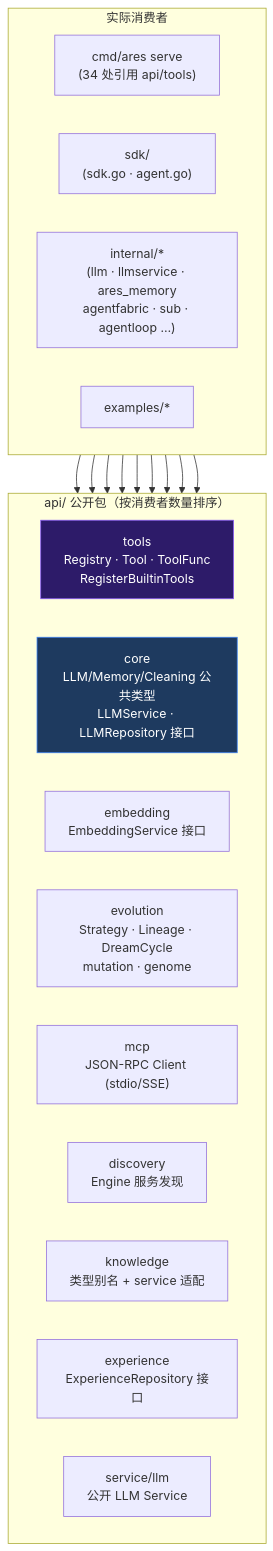
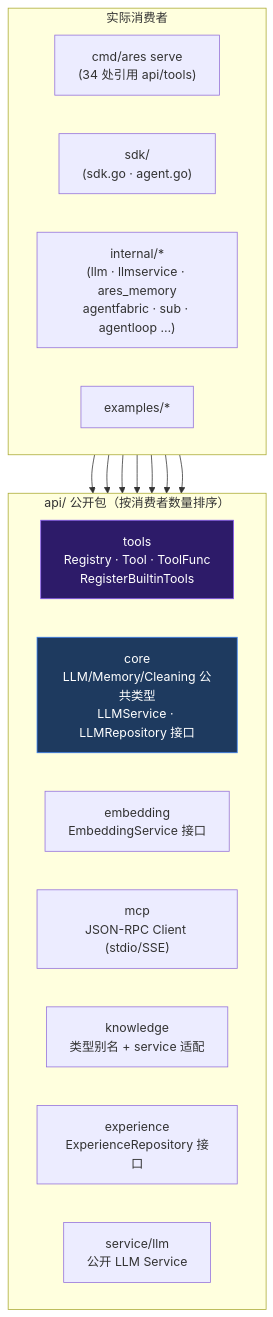
The first of 5 diagrams in api/ARCHITECTURE.md (Timwood0x10/ARES), drawn with Mermaid before and after one commit. The commit also changed other lines of this file and 54 other files, not shown here.

````diff
--- a/api/ARCHITECTURE.md
+++ b/api/ARCHITECTURE.md
@@ -11,36 +11,32 @@
 ```mermaid
 flowchart TB
     subgraph CONSUMERS["实际消费者"]
         direction LR
         CMD["cmd/ares serve<br/>(34 处引用 api/tools)"]
         SDKL["sdk/<br/>(sdk.go · agent.go)"]
         INT["internal/*<br/>(llm · llmservice · ares_memory<br/>agentfabric · sub · agentloop …)"]
         EX["examples/*"]
     end
 
     subgraph APIPUB["api/ 公开包（按消费者数量排序）"]
         direction LR
         TOOLS["tools<br/>Registry · Tool · ToolFunc<br/>RegisterBuiltinTools"]
         COREP["core<br/>LLM/Memory/Cleaning 公共类型<br/>LLMService · LLMRepository 接口"]
         EMB["embedding<br/>EmbeddingService 接口"]
-        EVOP["evolution<br/>Strategy · Lineage · DreamCycle<br/>mutation · genome"]
         MCPP["mcp<br/>JSON-RPC Client (stdio/SSE)"]
-        DISC["discovery<br/>Engine 服务发现"]
         KNOW["knowledge<br/>类型别名 + service 适配"]
         EXPP["experience<br/>ExperienceRepository 接口"]
         LLMSVC["service/llm<br/>公开 LLM Service"]
     end
 
     CMD --> TOOLS
     SDKL --> LLMSVC
     INT --> COREP
     INT --> EMB
     EX --> MCPP
-    EX --> DISC
-    EX --> EVOP
     INT --> KNOW
     INT --> EXPP
 
     style TOOLS fill:#2d1b69,stroke:#8b5cf6,color:#fff
     style COREP fill:#1e3a5f,stroke:#3b82f6,color:#fff
 ```
````
